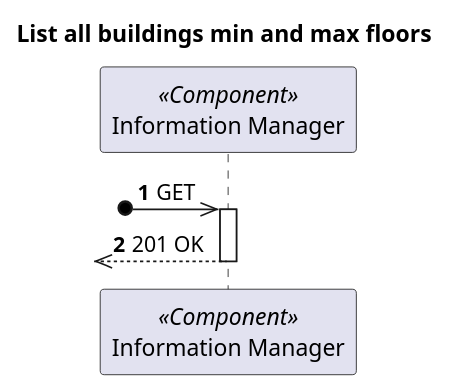
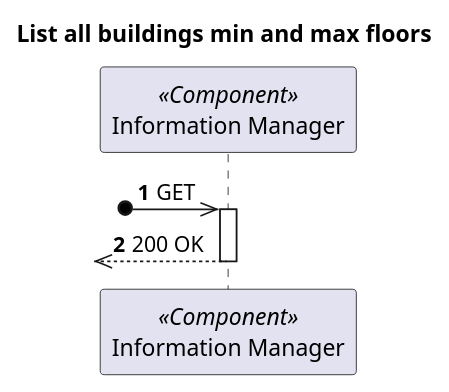
The diagram in docs/VistaProcesso/US180/Information Manager/ProcessView_Level2_US180.puml (1210910/lapr5), drawn with PlantUML before and after one commit. The commit also changed 3 other files, not shown here.

```diff
--- a/docs/VistaProcesso/US180/Information Manager/ProcessView_Level2_US180.puml
+++ b/docs/VistaProcesso/US180/Information Manager/ProcessView_Level2_US180.puml
@@ -1,17 +1,17 @@
 @startuml
 'https://plantuml.com/sequence-diagram
 
 autonumber
 
 skinparam packageStyle rect
 
 title List all buildings min and max floors
 
 participant "Information Manager" as MD <<Component>>
 
 ?o->> MD : GET
 
 activate MD
-?o<<-- MD : 201 OK
+?o<<-- MD : 200 OK
 deactivate MD
 @enduml
```
